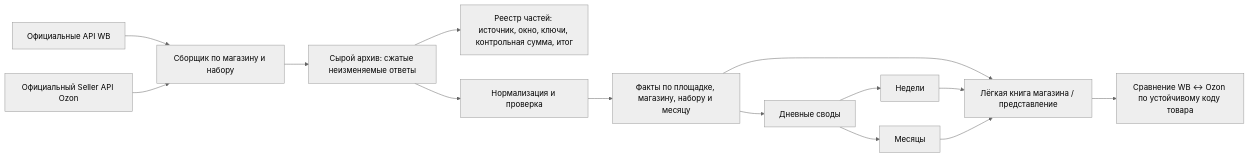
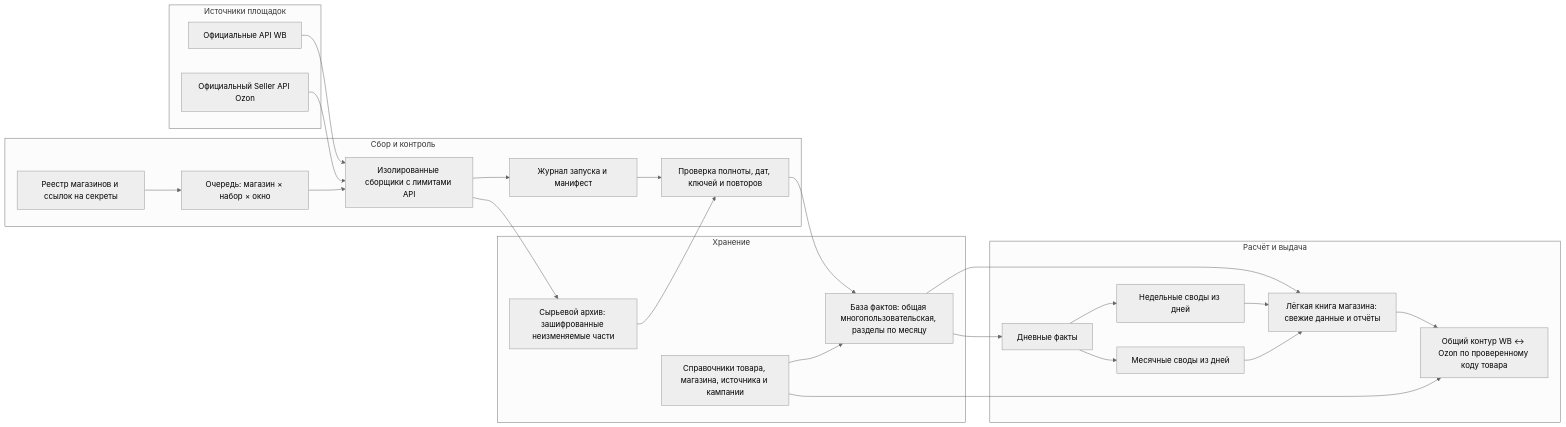
Before and after one commit to v88218429-netizen/zzzz: the diagram in wb_ai_manager/source/docs/DATA_STORAGE_ARCHITECTURE.md, drawn with Mermaid (neutral theme). The commit also changed other lines of this file, not shown here.

Commit message:
Document scalable marketplace data architecture

````diff
--- a/wb_ai_manager/source/docs/DATA_STORAGE_ARCHITECTURE.md
+++ b/wb_ai_manager/source/docs/DATA_STORAGE_ARCHITECTURE.md
@@ -9,16 +7,45 @@
 ```mermaid
 flowchart LR
-  WB[Официальные API WB] --> C[Сборщик по магазину и набору]
-  OZ[Официальный Seller API Ozon] --> C
-  C --> R[Сырой архив: сжатые неизменяемые ответы]
-  R --> M[Реестр частей: источник, окно, ключи, контрольная сумма, итог]
-  R --> N[Нормализация и проверка]
-  N --> F[Факты по площадке, магазину, набору и месяцу]
-  F --> D[Дневные своды]
-  D --> W[Недели]
-  D --> MO[Месяцы]
-  F --> V[Лёгкая книга магазина / представление]
-  W --> V
-  MO --> V
-  V --> X[Сравнение WB ↔ Ozon по устойчивому коду товара]
+  subgraph P["Источники площадок"]
+    WB["Официальные API WB"]
+    OZ["Официальный Seller API Ozon"]
+  end
+
+  subgraph I["Сбор и контроль"]
+    REG["Реестр магазинов и ссылок на секреты"]
+    Q["Очередь: магазин × набор × окно"]
+    W["Изолированные сборщики с лимитами API"]
+    M["Журнал запуска и манифест"]
+    QC["Проверка полноты, дат, ключей и повторов"]
+  end
+
+  subgraph D["Хранение"]
+    RAW["Сырьевой архив: зашифрованные неизменяемые части"]
+    DB["База фактов: общая многопользовательская, разделы по месяцу"]
+    DIM["Справочники товара, магазина, источника и кампании"]
+  end
+
+  subgraph V["Расчёт и выдача"]
+    DAY["Дневные факты"]
+    WEEK["Недельные своды из дней"]
+    MONTH["Месячные своды из дней"]
+    SHEET["Лёгкая книга магазина: свежие данные и отчёты"]
+    CROSS["Общий контур WB ↔ Ozon по проверенному коду товара"]
+  end
+
+  WB --> W
+  OZ --> W
+  REG --> Q --> W
+  W --> RAW
+  W --> M --> QC
+  RAW --> QC --> DB
+  DIM --> DB
+  DB --> DAY
+  DAY --> WEEK
+  DAY --> MONTH
+  DB --> SHEET
+  WEEK --> SHEET
+  MONTH --> SHEET
+  SHEET --> CROSS
+  DIM --> CROSS
 ```
````
